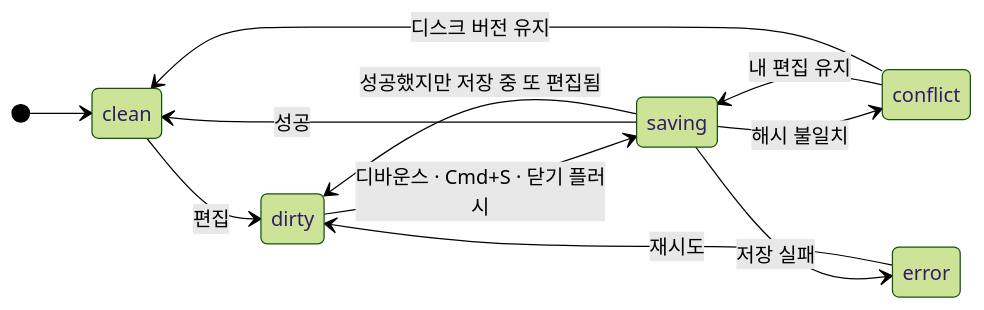
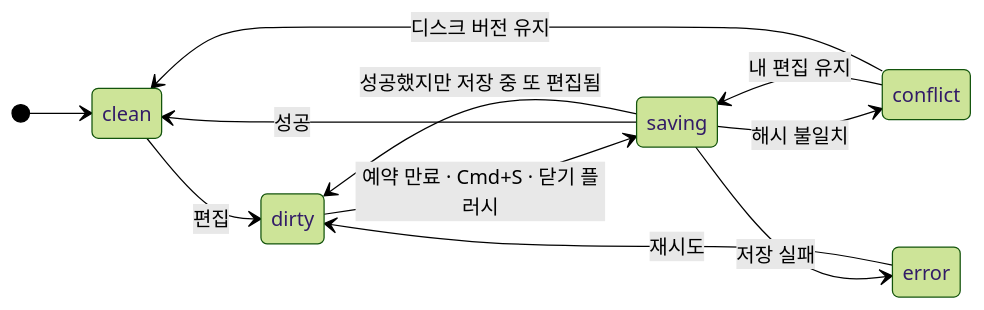
The second of 3 diagrams in .claude/docs/file-lifecycle.md (Bori-github/norii), drawn with Mermaid (forest theme) before and after one commit. The commit also changed other lines of this file and 77 other files, not shown here.

````diff
--- a/.claude/docs/file-lifecycle.md
+++ b/.claude/docs/file-lifecycle.md
@@ -67,14 +68,14 @@
 ```mermaid
 stateDiagram-v2
     direction LR
     [*] --> clean
     clean --> dirty: 편집
-    dirty --> saving: 디바운스 · Cmd+S · 닫기 플러시
+    dirty --> saving: 예약 만료 · Cmd+S · 닫기 플러시
     saving --> clean: 성공
     saving --> dirty: 성공했지만 저장 중 또 편집됨
     saving --> conflict: 해시 불일치
     saving --> error: 저장 실패
     conflict --> saving: 내 편집 유지
     conflict --> clean: 디스크 버전 유지
     error --> dirty: 재시도
 ```
````
